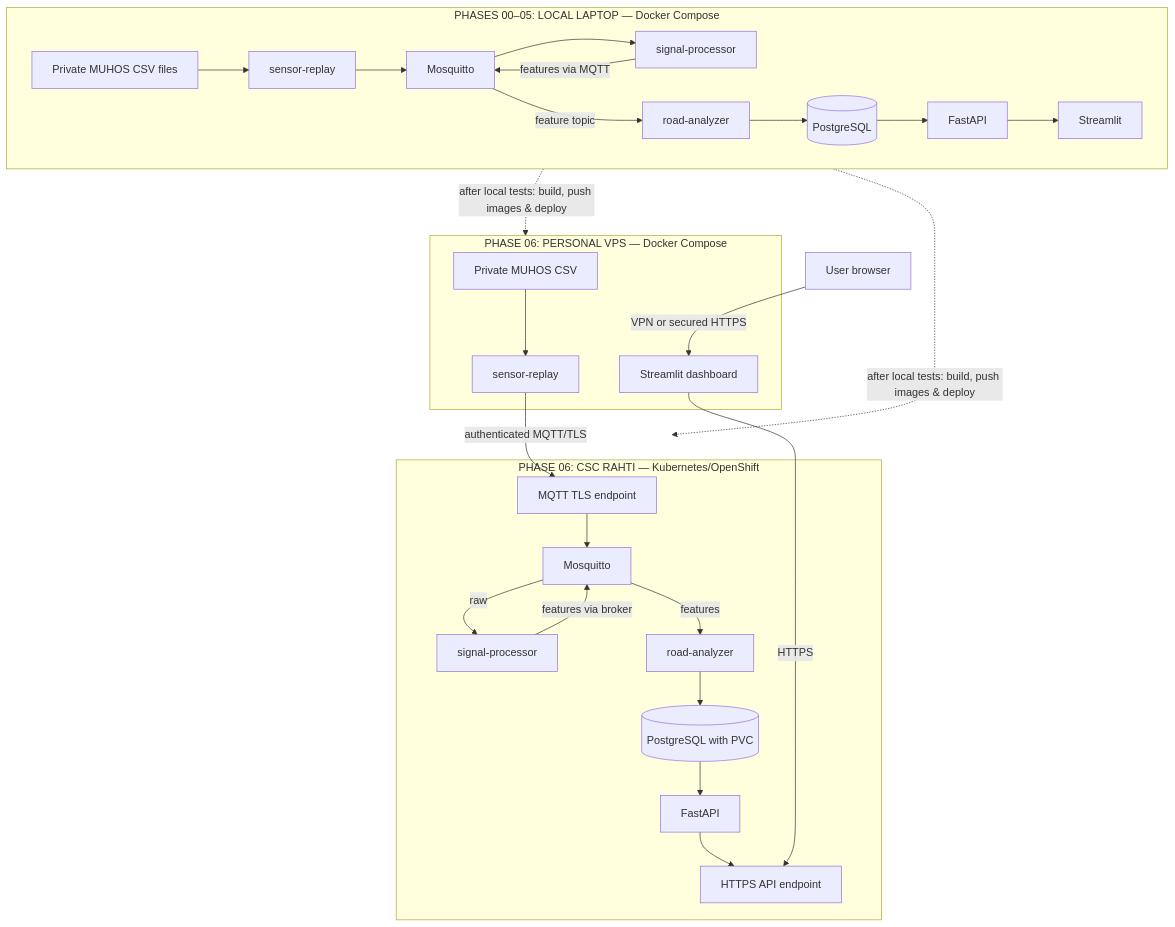
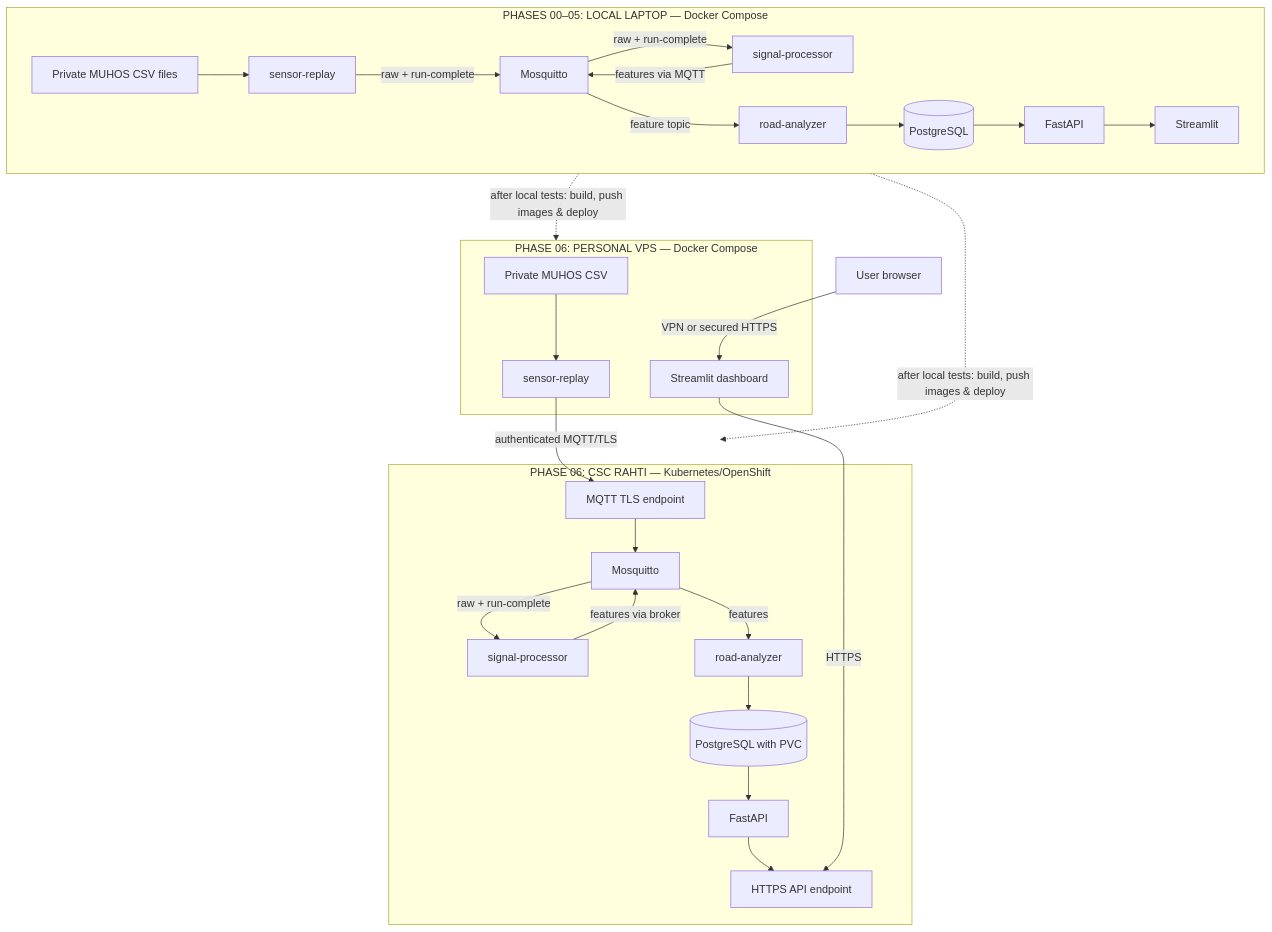
Before and after one commit to Aliz-f/road-sense: the diagram in architecture/road-sense.mmd, drawn with Mermaid. The commit also changed 26 other files, not shown here.

```diff
--- a/architecture/road-sense.mmd
+++ b/architecture/road-sense.mmd
@@ -1,42 +1,44 @@
 flowchart TB
   subgraph LAPTOP["PHASES 00–05: LOCAL LAPTOP — Docker Compose"]
     LD["Private MUHOS CSV files"]
     LF["sensor-replay"]
     LM["Mosquitto"]
     LP["signal-processor"]
     LA["road-analyzer"]
     LDB[("PostgreSQL")]
     LAPI["FastAPI"]
     LUI["Streamlit"]
-    LD --> LF --> LM --> LP
+    LD --> LF
+    LF -->|"raw + run-complete"| LM
+    LM -->|"raw + run-complete"| LP
     LP -->|"features via MQTT"| LM
     LM -->|"feature topic"| LA
     LA --> LDB --> LAPI --> LUI
   end
 
   subgraph VPS["PHASE 06: PERSONAL VPS — Docker Compose"]
     VD["Private MUHOS CSV"]
     VF["sensor-replay"]
     VUI["Streamlit dashboard"]
     VD --> VF
   end
   subgraph RAHTI["PHASE 06: CSC RAHTI — Kubernetes/OpenShift"]
     RMT["MQTT TLS endpoint"]
     RM["Mosquitto"]
     RP["signal-processor"]
     RA["road-analyzer"]
     RDB[("PostgreSQL with PVC")]
     RAPI["FastAPI"]
     RHT["HTTPS API endpoint"]
     RMT --> RM
-    RM -->|"raw"| RP
+    RM -->|"raw + run-complete"| RP
     RP -->|"features via broker"| RM
     RM -->|"features"| RA
     RA --> RDB --> RAPI --> RHT
   end
 
   LAPTOP -.->|"after local tests: build, push images & deploy"| VPS
   LAPTOP -.->|"after local tests: build, push images & deploy"| RAHTI
   VF -->|"authenticated MQTT/TLS"| RMT
   VUI -->|"HTTPS"| RHT
   USER["User browser"] -->|"VPN or secured HTTPS"| VUI
```
